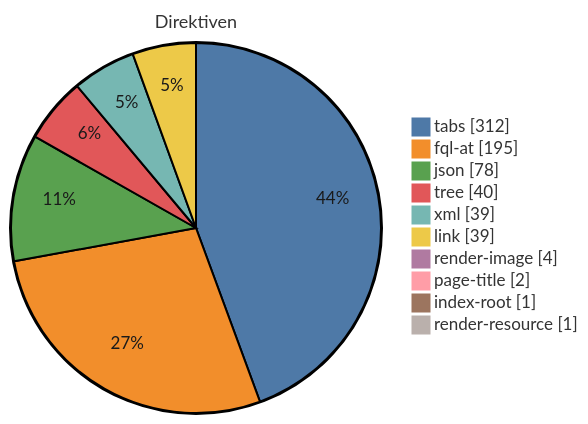
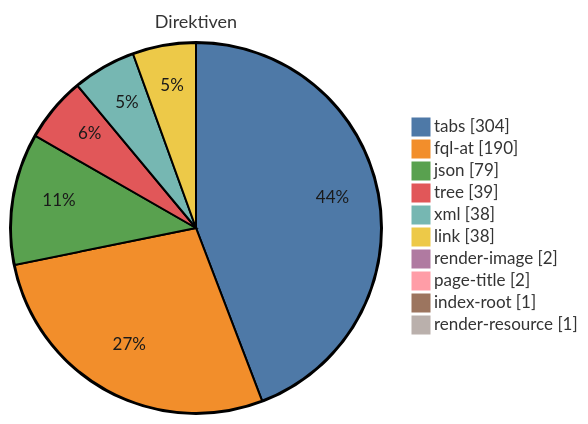
Before and after one commit to medizininformatik-initiative/kerndatensatz-lungenfunktion: the second of 2 diagrams in migration-log/preflight/mii-ig-lungenfunktion-report.md, drawn with Mermaid. The commit also changed other lines of this file and 95 other files, not shown here.

````diff
--- a/migration-log/preflight/mii-ig-lungenfunktion-report.md
+++ b/migration-log/preflight/mii-ig-lungenfunktion-report.md
@@ -43,14 +45,14 @@
 ```mermaid
 %%{init: {'theme':'base','themeVariables':{"pie1": "#4E79A7", "pie2": "#F28E2B", "pie3": "#59A14F", "pie4": "#E15759", "pie5": "#76B7B2", "pie6": "#EDC948", "pie7": "#B07AA1", "pie8": "#FF9DA7", "pie9": "#9C755F", "pie10": "#BAB0AC", "pieOpacity": "1", "pieSectionTextColor": "#1A1A1A", "pieTitleTextSize": "18px"}}}%%
 pie showData title Direktiven
-    "tabs" : 312
-    "fql-at" : 195
-    "json" : 78
-    "tree" : 40
-    "xml" : 39
-    "link" : 39
-    "render-image" : 4
+    "tabs" : 304
+    "fql-at" : 190
+    "json" : 79
+    "tree" : 39
+    "xml" : 38
+    "link" : 38
+    "render-image" : 2
     "page-title" : 2
     "index-root" : 1
     "render-resource" : 1
 ```
````
